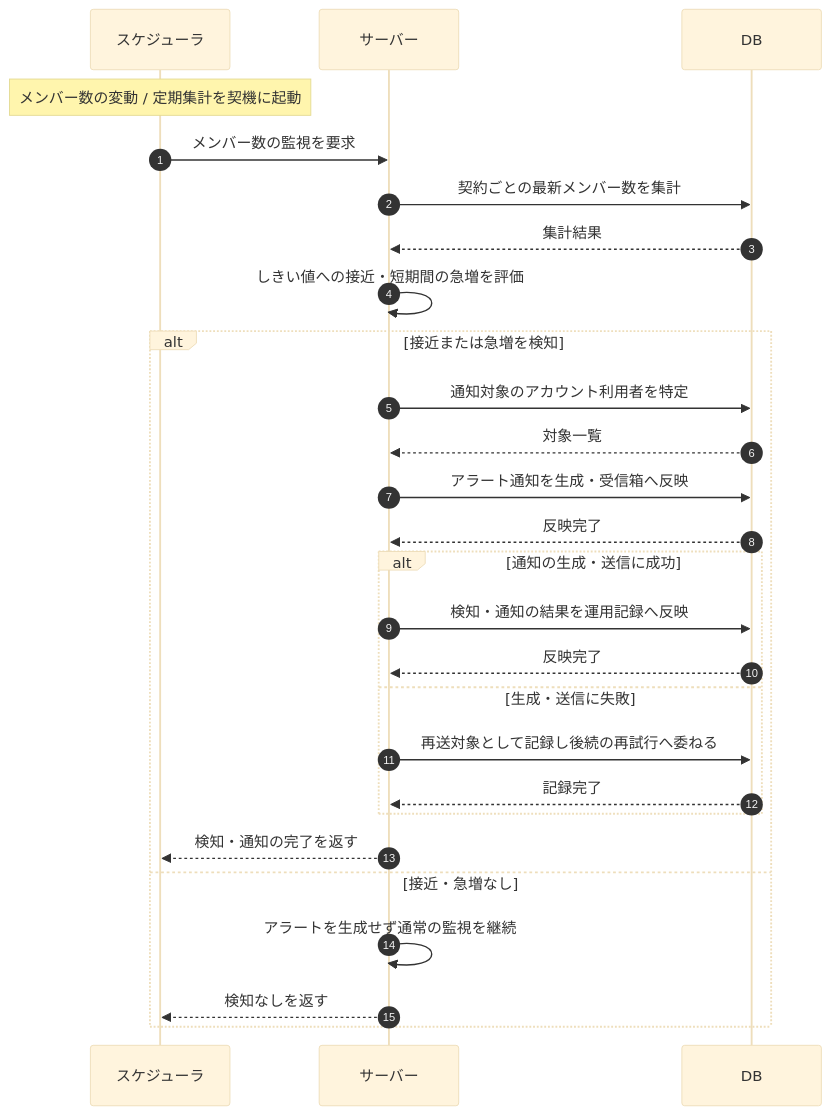
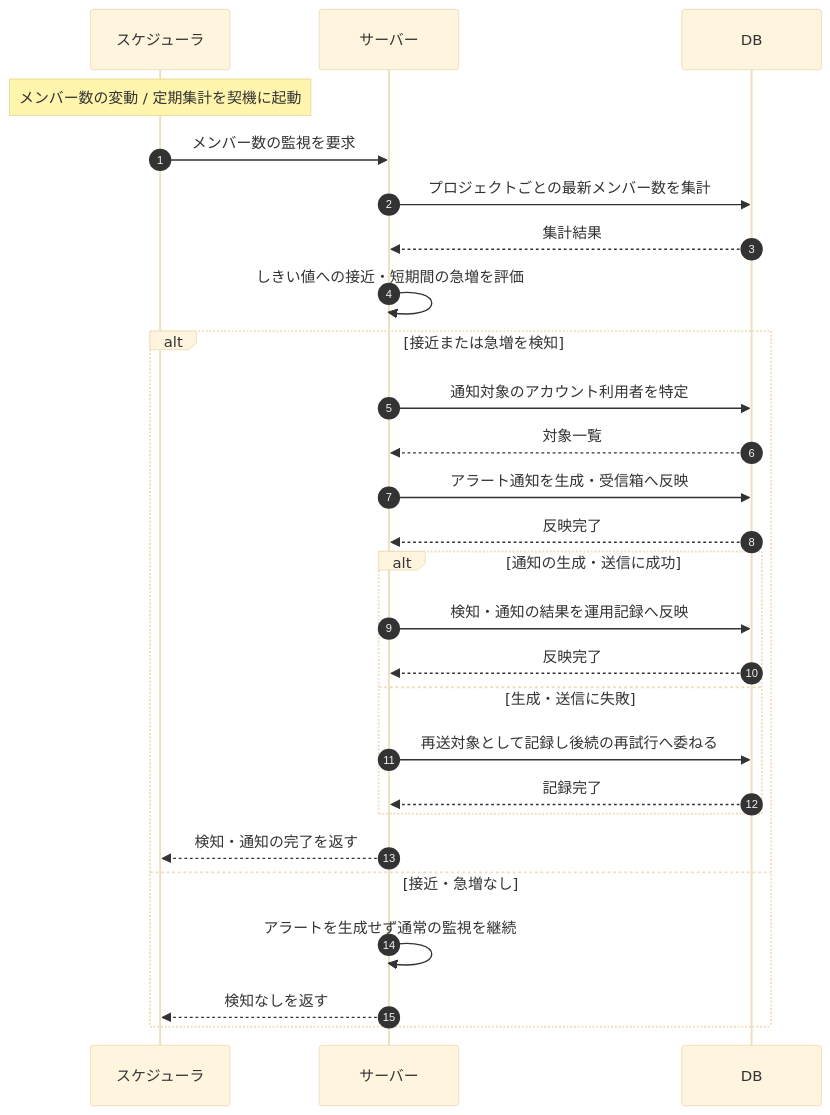
The diagram in 02_basic_design/03_sequences/SEQ-108.md (sikakou54/open-faq), drawn with Mermaid (base theme) before and after one commit. The commit also changed other lines of this file and 294 other files, not shown here.

````diff
--- a/02_basic_design/03_sequences/SEQ-108.md
+++ b/02_basic_design/03_sequences/SEQ-108.md
@@ -24,29 +24,29 @@
 ```mermaid
 sequenceDiagram
   autonumber
   participant SCH as スケジューラ
   participant Server as サーバー
   participant DB as DB
   Note over SCH: メンバー数の変動 / 定期集計を契機に起動
   SCH->>Server: メンバー数の監視を要求
-  Server->>DB: 契約ごとの最新メンバー数を集計
+  Server->>DB: プロジェクトごとの最新メンバー数を集計
   DB-->>Server: 集計結果
   Server->>Server: しきい値への接近・短期間の急増を評価
   alt 接近または急増を検知
     Server->>DB: 通知対象のアカウント利用者を特定
     DB-->>Server: 対象一覧
     Server->>DB: アラート通知を生成・受信箱へ反映
     DB-->>Server: 反映完了
     alt 通知の生成・送信に成功
       Server->>DB: 検知・通知の結果を運用記録へ反映
       DB-->>Server: 反映完了
     else 生成・送信に失敗
       Server->>DB: 再送対象として記録し後続の再試行へ委ねる
       DB-->>Server: 記録完了
     end
     Server-->>SCH: 検知・通知の完了を返す
   else 接近・急増なし
     Server->>Server: アラートを生成せず通常の監視を継続
     Server-->>SCH: 検知なしを返す
   end
 ```
````
